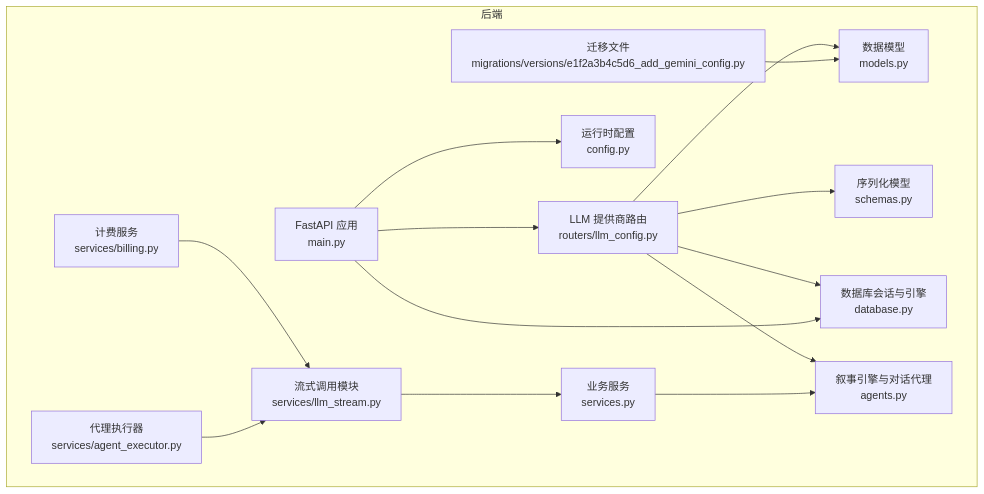
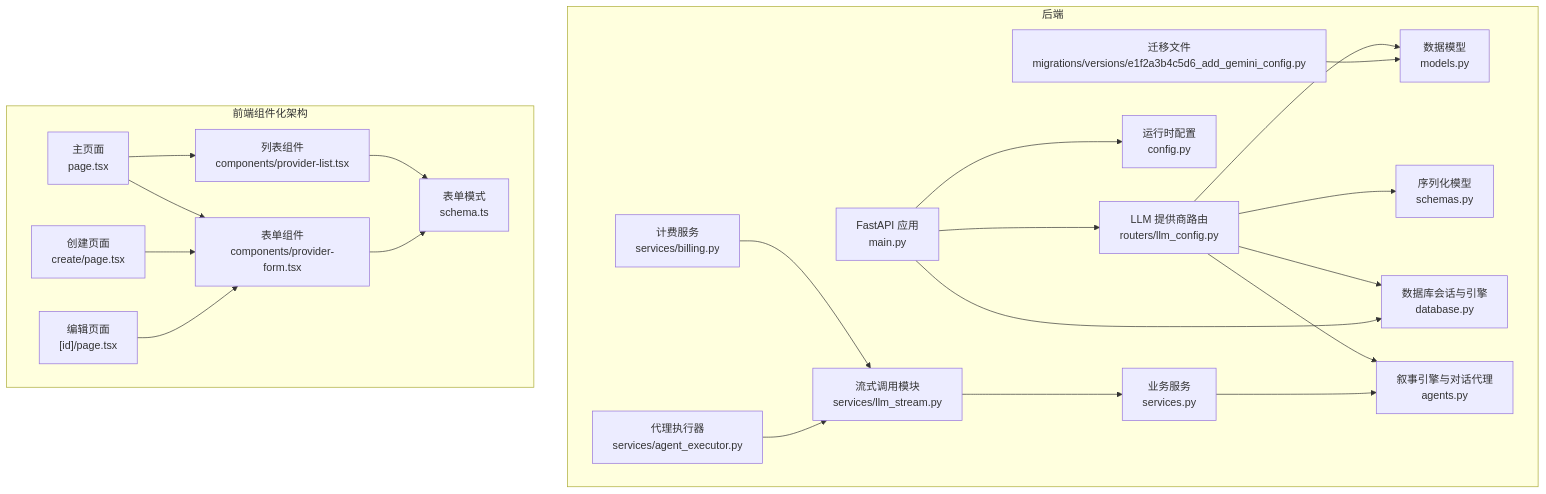
One commit to KunLabAI/KunFlix changed the first of 10 diagrams in .qoder/repowiki/zh/content/后台管理系统/LLM提供商管理.md. Above: the diagram before and after it, drawn with Mermaid. The commit also changed other lines of this file and 4 other files, not shown here.

````diff
--- a/.qoder/repowiki/zh/content/后台管理系统/LLM提供商管理.md
+++ b/.qoder/repowiki/zh/content/后台管理系统/LLM提供商管理.md
@@ -55,29 +62,43 @@
 ```mermaid
 graph TB
 subgraph "后端"
 A["FastAPI 应用<br/>main.py"]
 B["LLM 提供商路由<br/>routers/llm_config.py"]
 C["数据模型<br/>models.py"]
 D["序列化模型<br/>schemas.py"]
 E["数据库会话与引擎<br/>database.py"]
 F["运行时配置<br/>config.py"]
 G["叙事引擎与对话代理<br/>agents.py"]
 H["业务服务<br/>services.py"]
 I["流式调用模块<br/>services/llm_stream.py"]
 J["计费服务<br/>services/billing.py"]
 K["迁移文件<br/>migrations/versions/e1f2a3b4c5d6_add_gemini_config.py"]
 L["代理执行器<br/>services/agent_executor.py"]
 end
+subgraph "前端组件化架构"
+M["主页面<br/>page.tsx"]
+N["创建页面<br/>create/page.tsx"]
+O["编辑页面<br/>[id]/page.tsx"]
+P["表单组件<br/>components/provider-form.tsx"]
+Q["列表组件<br/>components/provider-list.tsx"]
+R["表单模式<br/>schema.ts"]
+end
 A --> B
 B --> C
 B --> D
 B --> E
 B --> G
 A --> F
 A --> E
 H --> G
 I --> H
 J --> I
 K --> C
 L --> I
+M --> P
+M --> Q
+N --> P
+O --> P
+P --> R
+Q --> R
 ```
````
